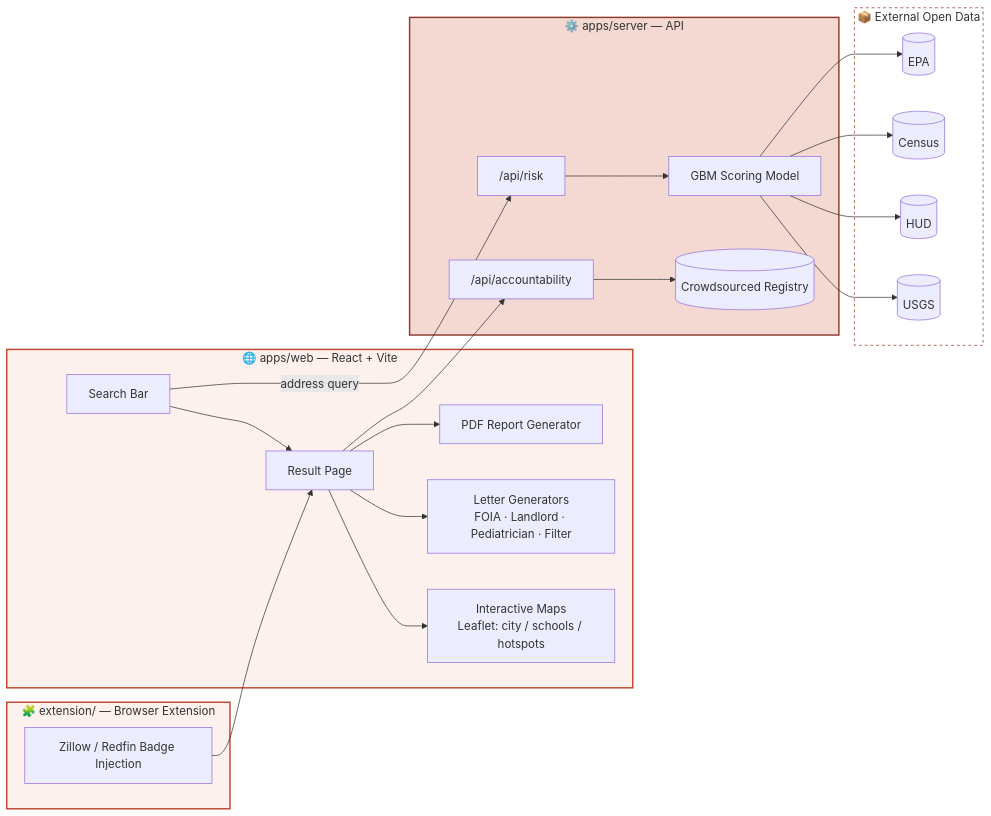
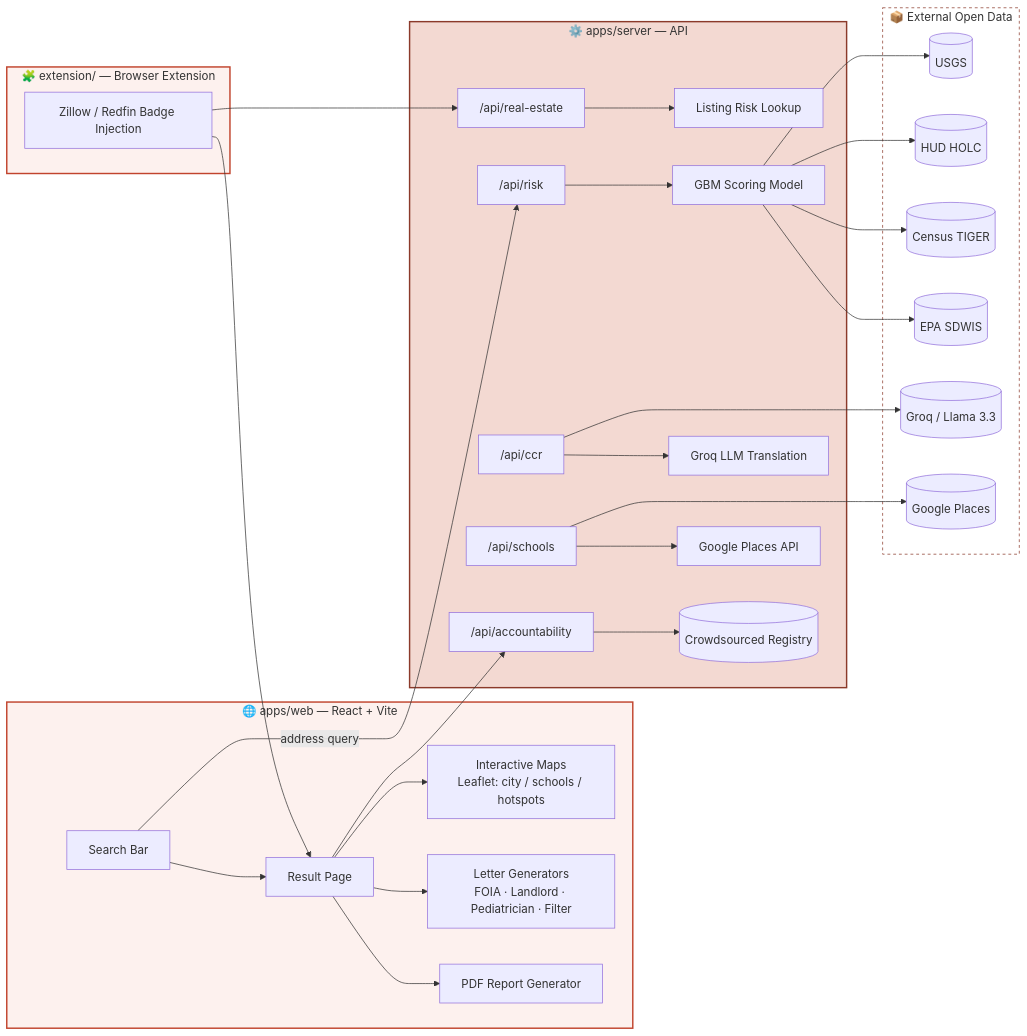
Before and after one commit to Iceman-Dann/Plumbum: the third of 3 diagrams in README.md, drawn with Mermaid. The commit also changed other lines of this file, not shown here.

````diff
--- a/README.md
+++ b/README.md
@@ -104,34 +160,42 @@
 ```mermaid
 flowchart LR
     subgraph Client["🌐 apps/web — React + Vite"]
         A[Search Bar] --> B[Result Page]
         B --> C[PDF Report Generator]
         B --> D["Letter Generators<br/>FOIA · Landlord · Pediatrician · Filter"]
         B --> E["Interactive Maps<br/>Leaflet: city / schools / hotspots"]
     end
 
     subgraph Ext["🧩 extension/ — Browser Extension"]
         F[Zillow / Redfin Badge Injection] --> B
     end
 
     subgraph Server["⚙️ apps/server — API"]
         G["/api/risk"] --> H[GBM Scoring Model]
         I["/api/accountability"] --> J[(Crowdsourced Registry)]
+        K["/api/ccr"] --> L[Groq LLM Translation]
+        M["/api/schools"] --> N[Google Places API]
+        O["/api/real-estate"] --> P[Listing Risk Lookup]
     end
 
     subgraph Data["📦 External Open Data"]
-        K[(EPA)]
-        L[(Census)]
-        M[(HUD)]
-        N[(USGS)]
+        Q[(EPA SDWIS)]
+        R[(Census TIGER)]
+        S[(HUD HOLC)]
+        T[(USGS)]
+        U[(Google Places)]
+        V[(Groq / Llama 3.3)]
     end
 
     A -->|address query| G
-    H --> K & L & M & N
+    H --> Q & R & S & T
+    K --> V
+    M --> U
     B --> I
+    F --> O
 
     style Client fill:#fdf1ee,stroke:#C1442D,stroke-width:2px
     style Ext fill:#fdf1ee,stroke:#C1442D,stroke-width:2px
     style Server fill:#f3d9d2,stroke:#8B3A2A,stroke-width:2px
     style Data fill:#ffffff,stroke:#8B3A2A,stroke-width:1px,stroke-dasharray: 4 4
 ```
````
